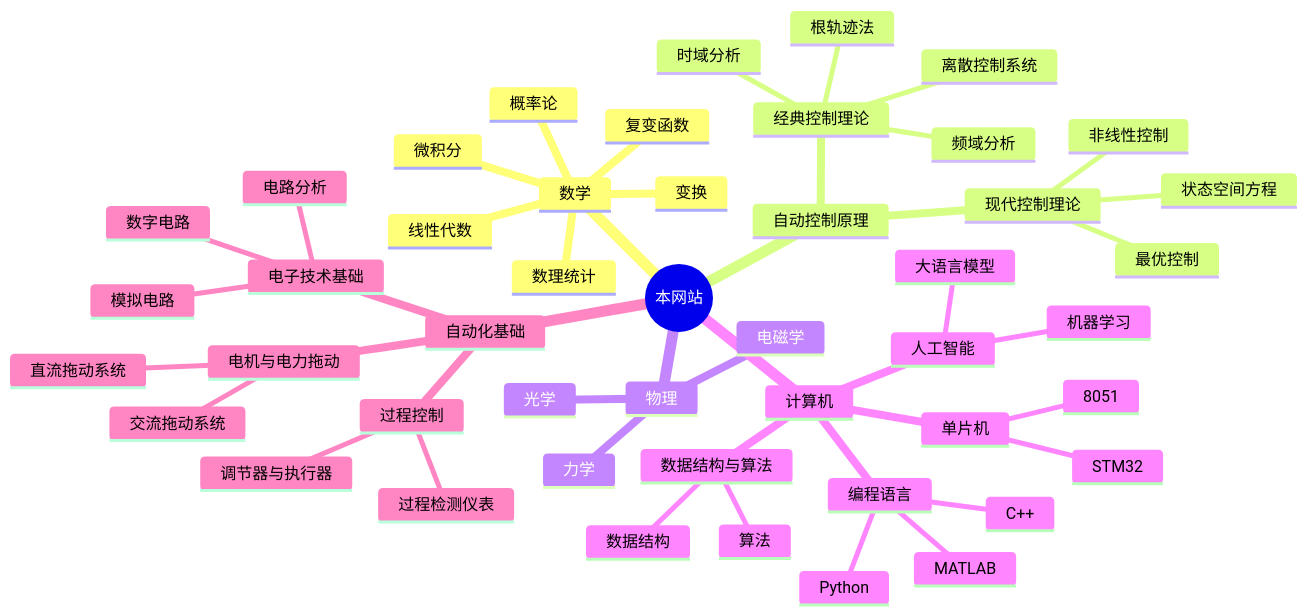
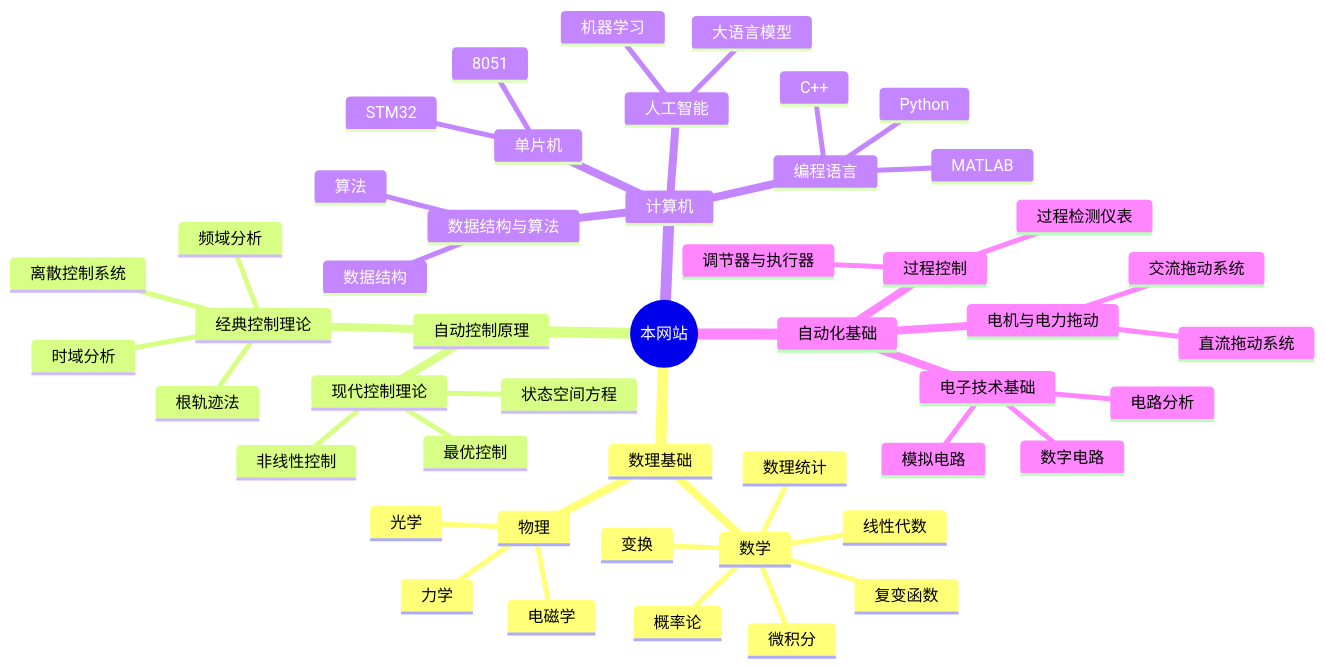
One commit to UNLINEARITY/Learn-Everything changed the diagram in src/site/notes/Nonlinear.md. Above: the diagram before and after it, drawn with Mermaid. The commit also changed other lines of this file and 6 other files, not shown here.

````diff
--- a/src/site/notes/Nonlinear.md
+++ b/src/site/notes/Nonlinear.md
@@ -6,50 +7,51 @@
 ```mermaid
 mindmap
 root((本网站))
-	数学
-		微积分
-		概率论
-		数理统计
-		复变函数
-		变换
-		线性代数
+	数理基础
+		数学
+			微积分
+			概率论
+			数理统计
+			复变函数
+			变换
+			线性代数
+		物理
+			电磁学
+			光学
+			力学
 	自动控制原理
 		经典控制理论
 		    时域分析
 		    根轨迹法
 		    频域分析
 		    离散控制系统
 		现代控制理论
 			状态空间方程
 			非线性控制
 			最优控制
-	物理
-		电磁学
-		光学
-		力学
 	计算机
 		编程语言
 			MATLAB
 			Python
 			C++
 		单片机
 		    8051
 		    STM32
 		数据结构与算法
 			数据结构
 			算法
 		人工智能
 			机器学习
 			大语言模型
 	自动化基础
 		电子技术基础
 			电路分析
 			数字电路
 			模拟电路
 		电机与电力拖动
 			直流拖动系统
 			交流拖动系统
 		过程控制
 			过程检测仪表
 			调节器与执行器
 ```
````
